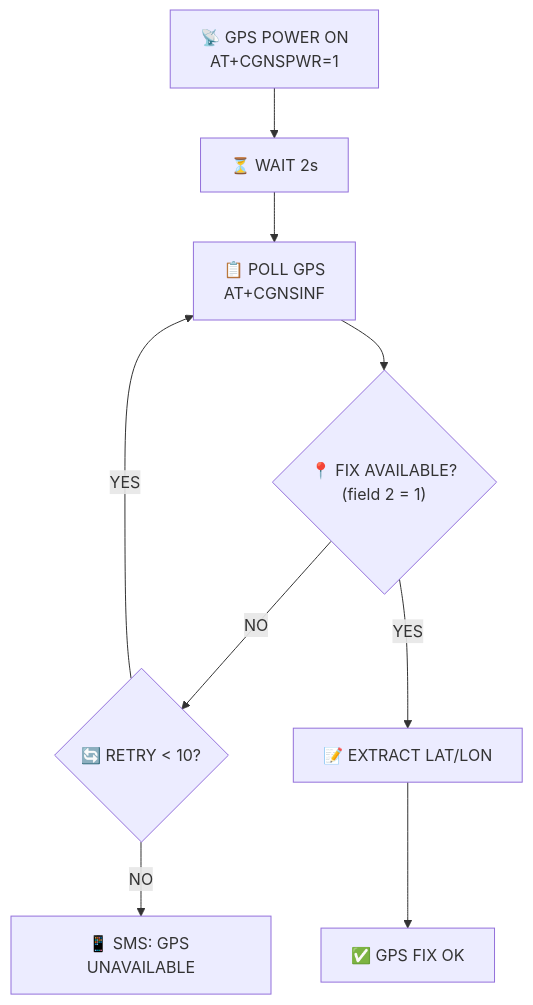
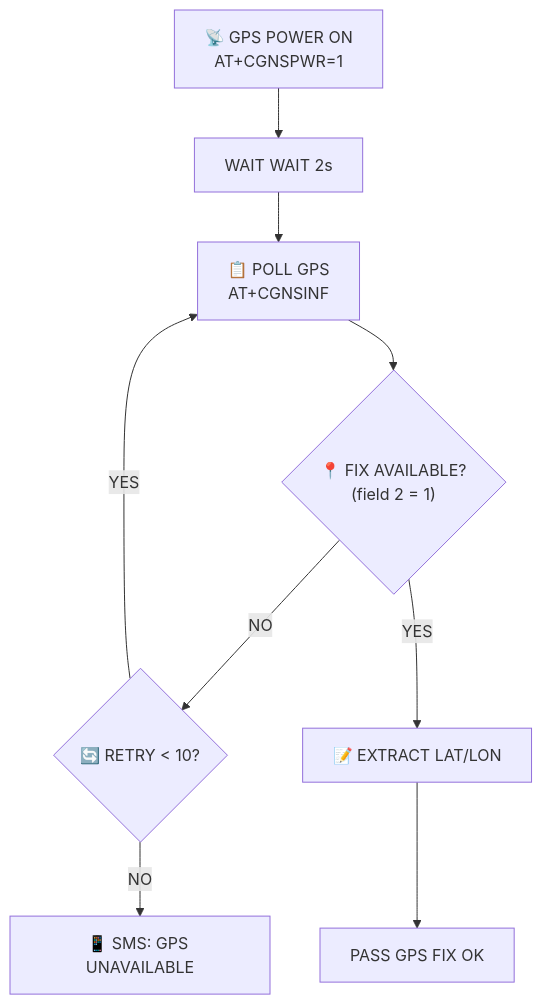
The fourth of 7 diagrams in docs/FLOWCHART.md (qppd/smart-vehicle-impact-detection-device), drawn with Mermaid before and after one commit. The commit also changed other lines of this file and 10 other files, not shown here.

````diff
--- a/docs/FLOWCHART.md
+++ b/docs/FLOWCHART.md
@@ -90,11 +90,11 @@
 ```mermaid
 flowchart TD
-    GPS_ON["📡 GPS POWER ON<br/>AT+CGNSPWR=1"] --> WAIT["⏳ WAIT 2s"]
+    GPS_ON["📡 GPS POWER ON<br/>AT+CGNSPWR=1"] --> WAIT["WAIT WAIT 2s"]
     WAIT --> POLL["📋 POLL GPS<br/>AT+CGNSINF"]
     POLL --> FIX{"📍 FIX AVAILABLE?<br/>(field 2 = 1)"}
     FIX -->|NO| RETRY{"🔄 RETRY < 10?"}
     RETRY -->|YES| POLL
     RETRY -->|NO| NO_FIX["📱 SMS: GPS UNAVAILABLE"]
     FIX -->|YES| EXTRACT["📝 EXTRACT LAT/LON"]
-    EXTRACT --> GPS_OK["✅ GPS FIX OK"]
+    EXTRACT --> GPS_OK["PASS GPS FIX OK"]
 ```
````
